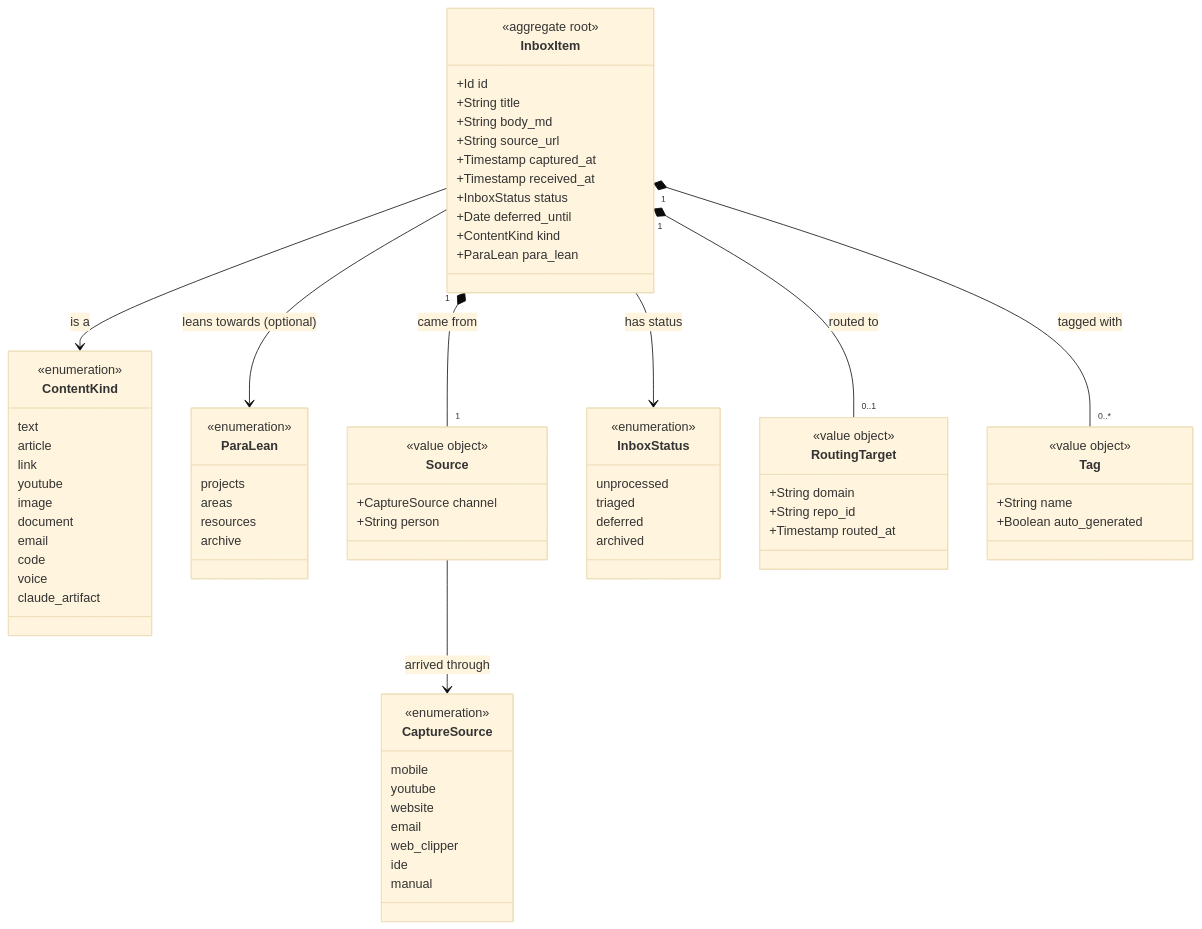
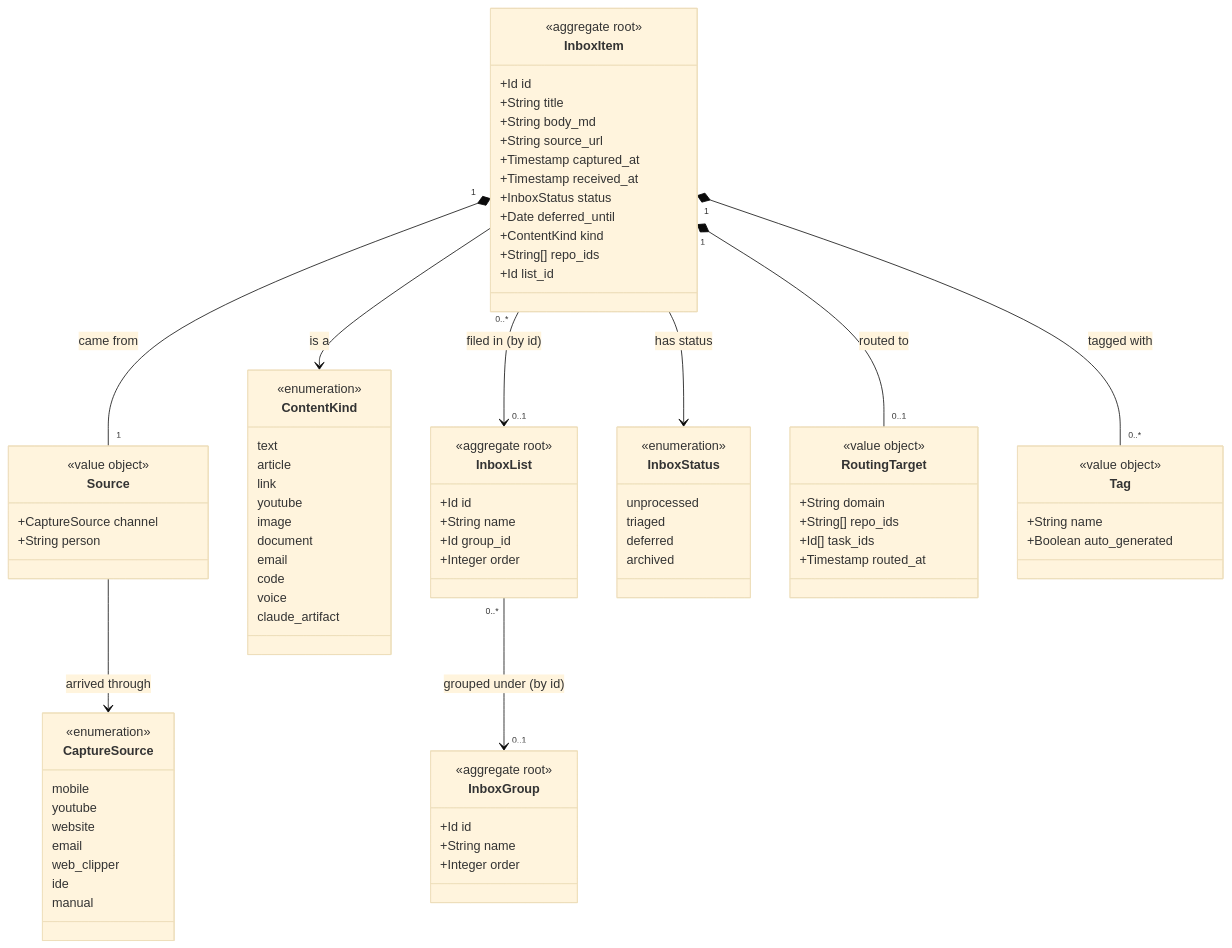
Before and after one commit to JSdotNet/Backlog: the diagram in .domain/inbox/model.md, drawn with Mermaid (base theme). The commit also changed other lines of this file and 17 other files, not shown here.

First line of the commit message:
Refresh the Inbox domain and architecture docs for the module split

````diff
--- a/.domain/inbox/model.md
+++ b/.domain/inbox/model.md
@@ -25,7 +25,21 @@
         +InboxStatus status
         +Date deferred_until
         +ContentKind kind
-        +ParaLean para_lean
+        +String[] repo_ids
+        +Id list_id
+    }
+    class InboxList {
+        <<aggregate root>>
+        +Id id
+        +String name
+        +Id group_id
+        +Integer order
+    }
+    class InboxGroup {
+        <<aggregate root>>
+        +Id id
+        +String name
+        +Integer order
     }
     class ContentKind {
         <<enumeration>>
@@ -39,13 +53,6 @@
         code
         voice
         claude_artifact
-    }
-    class ParaLean {
-        <<enumeration>>
-        projects
-        areas
-        resources
-        archive
     }
     class Source {
         <<value object>>
@@ -72,7 +79,8 @@
     class RoutingTarget {
         <<value object>>
         +String domain
-        +String repo_id
+        +String[] repo_ids
+        +Id[] task_ids
         +Timestamp routed_at
     }
     class Tag {
@@ -83,9 +91,10 @@
 
     InboxItem --> InboxStatus : has status
     InboxItem --> ContentKind : is a
-    InboxItem --> ParaLean : leans towards (optional)
     InboxItem "1" *-- "1" Source : came from
     Source --> CaptureSource : arrived through
     InboxItem "1" *-- "0..*" Tag : tagged with
     InboxItem "1" *-- "0..1" RoutingTarget : routed to
+    InboxItem "0..*" --> "0..1" InboxList : filed in (by id)
+    InboxList "0..*" --> "0..1" InboxGroup : grouped under (by id)
 ```
````
